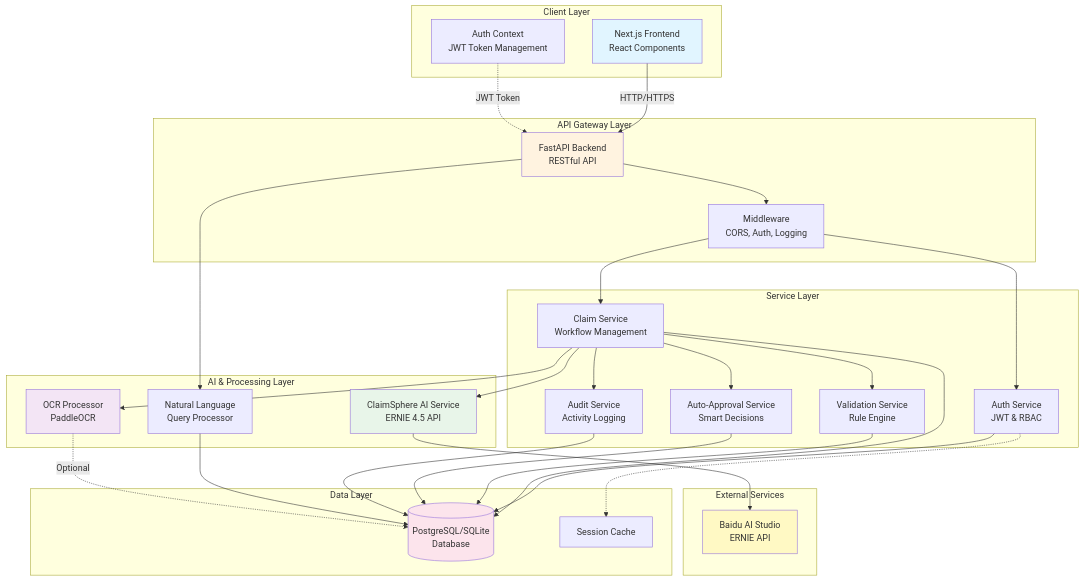
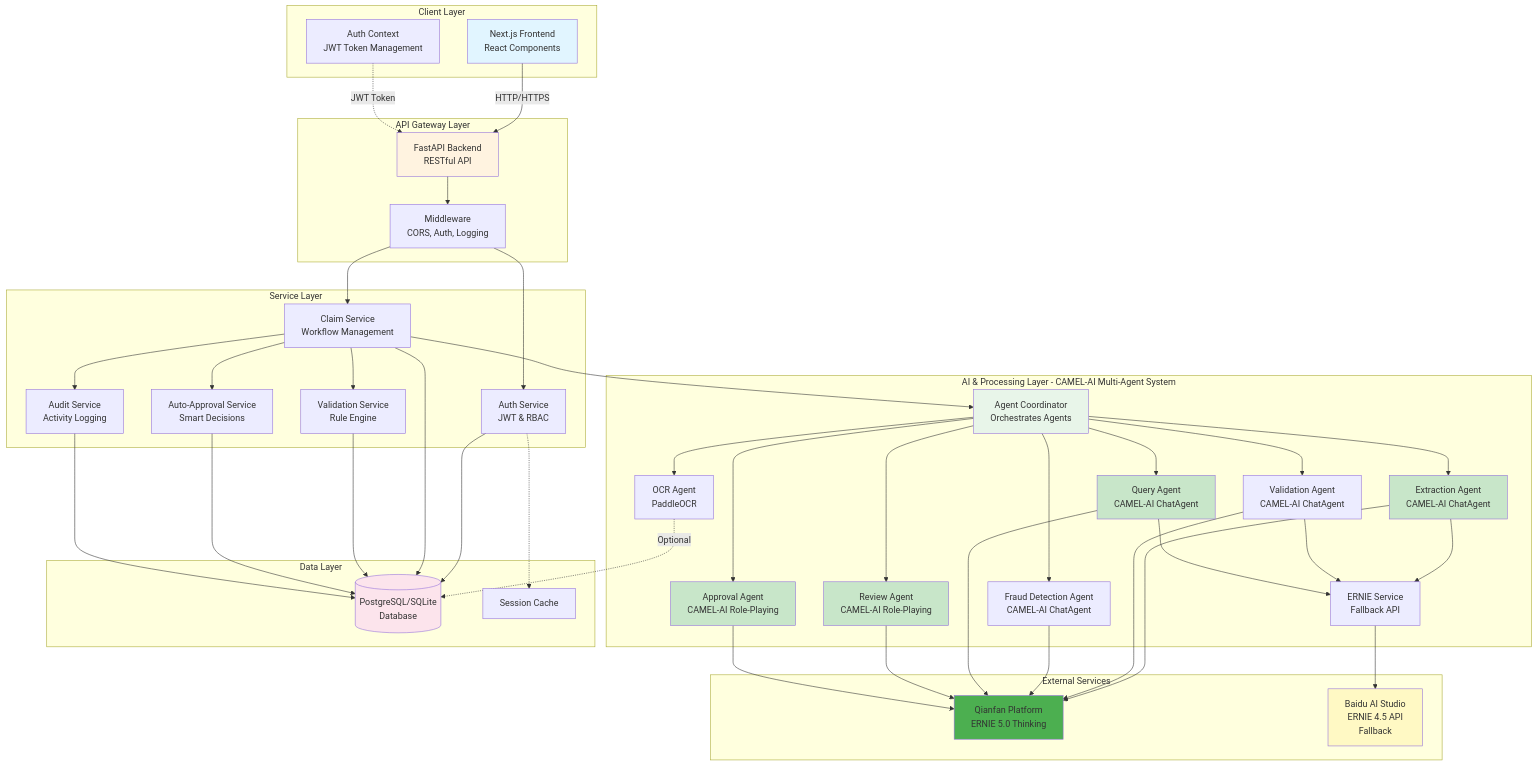
The first of 5 diagrams in README.md (palsure/claimsphere-ai), drawn with Mermaid before and after one commit. The commit also changed other lines of this file and 70 other files, not shown here.

````diff
--- a/README.md
+++ b/README.md
@@ -79,10 +92,16 @@
         AuditSvc[Audit Service<br/>Activity Logging]
     end
 
-    subgraph "AI & Processing Layer"
-        OCR[OCR Processor<br/>PaddleOCR]
-        AI[ClaimSphere AI Service<br/>ERNIE 4.5 API]
-        NLQ[Natural Language<br/>Query Processor]
+    subgraph "AI & Processing Layer - CAMEL-AI Multi-Agent System"
+        AgentCoord[Agent Coordinator<br/>Orchestrates Agents]
+        OCRAgent[OCR Agent<br/>PaddleOCR]
+        ExtractAgent[Extraction Agent<br/>CAMEL-AI ChatAgent]
+        ValidAgent[Validation Agent<br/>CAMEL-AI ChatAgent]
+        FraudAgent[Fraud Detection Agent<br/>CAMEL-AI ChatAgent]
+        QueryAgent[Query Agent<br/>CAMEL-AI ChatAgent]
+        ReviewAgent[Review Agent<br/>CAMEL-AI Role-Playing]
+        ApproveAgent[Approval Agent<br/>CAMEL-AI Role-Playing]
+        FallbackAI[ERNIE Service<br/>Fallback API]
     end
 
     subgraph "Data Layer"
@@ -91,7 +110,8 @@
     end
 
     subgraph "External Services"
-        BaiduAPI[Baidu AI Studio<br/>ERNIE API]
+        QianfanAPI[Qianfan Platform<br/>ERNIE 5.0 Thinking]
+        BaiduAPI[Baidu AI Studio<br/>ERNIE 4.5 API<br/>Fallback]
     end
 
     UI -->|HTTP/HTTPS| API
@@ -100,30 +120,49 @@
     MW --> ClaimSvc
     MW --> AuthSvc
     
+    ClaimSvc --> AgentCoord
     ClaimSvc --> ValidationSvc
     ClaimSvc --> AutoApprovalSvc
-    ClaimSvc --> OCR
-    ClaimSvc --> AI
     ClaimSvc --> AuditSvc
+    
+    AgentCoord --> OCRAgent
+    AgentCoord --> ExtractAgent
+    AgentCoord --> ValidAgent
+    AgentCoord --> FraudAgent
+    AgentCoord --> QueryAgent
+    AgentCoord --> ReviewAgent
+    AgentCoord --> ApproveAgent
+    
+    ExtractAgent --> FallbackAI
+    ValidAgent --> FallbackAI
+    QueryAgent --> FallbackAI
     
     AuthSvc --> DB
     ClaimSvc --> DB
     ValidationSvc --> DB
     AutoApprovalSvc --> DB
     AuditSvc --> DB
-    NLQ --> DB
     
-    AI --> BaiduAPI
-    OCR -.->|Optional| DB
+    FallbackAI --> BaiduAPI
+    OCRAgent -.->|Optional| DB
     
     AuthSvc -.-> Cache
     
-    API --> NLQ
+    ExtractAgent --> QianfanAPI
+    ValidAgent --> QianfanAPI
+    FraudAgent --> QianfanAPI
+    QueryAgent --> QianfanAPI
+    ReviewAgent --> QianfanAPI
+    ApproveAgent --> QianfanAPI
 
     style UI fill:#e1f5ff
     style API fill:#fff3e0
-    style OCR fill:#f3e5f5
-    style AI fill:#e8f5e9
+    style AgentCoord fill:#e8f5e9
+    style ExtractAgent fill:#c8e6c9
+    style QueryAgent fill:#c8e6c9
+    style ReviewAgent fill:#c8e6c9
+    style ApproveAgent fill:#c8e6c9
     style DB fill:#fce4ec
+    style QianfanAPI fill:#4caf50
     style BaiduAPI fill:#fff9c4
 ```
````
